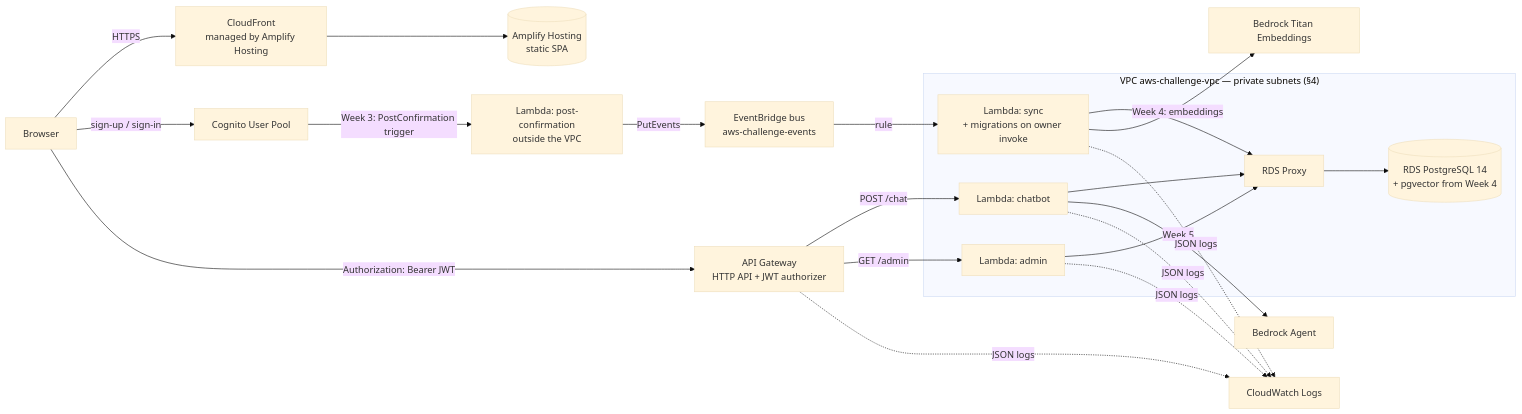
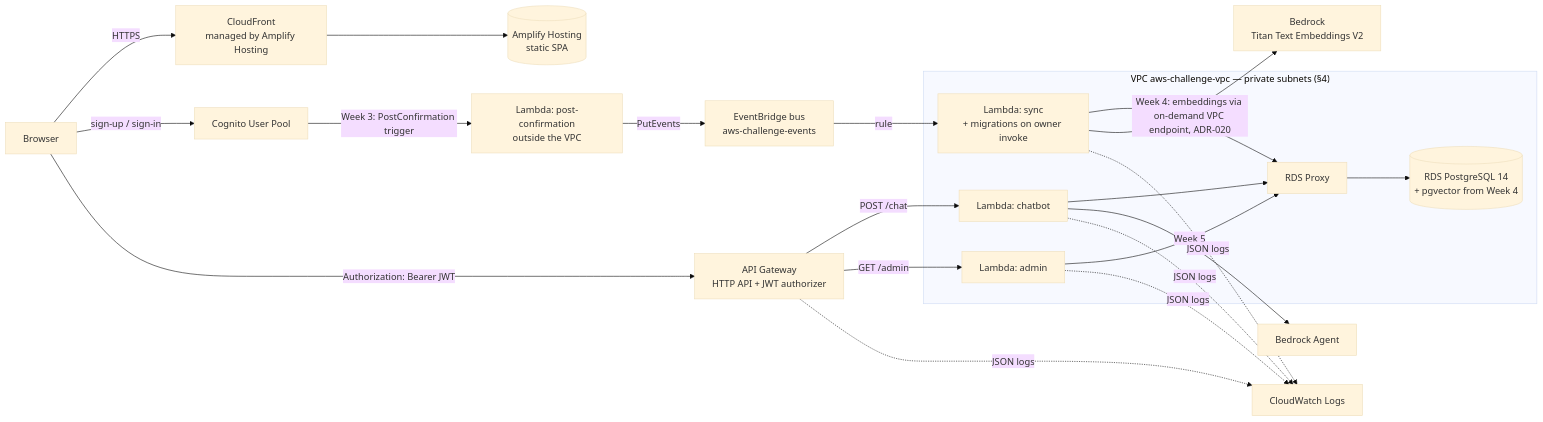
One commit to maxim-semenko/aws_challenge changed the diagram in docs/ARCHITECTURE.md. Above: the diagram before and after it, drawn with Mermaid (base theme). The commit also changed other lines of this file and 14 other files, not shown here.

````diff
--- a/docs/ARCHITECTURE.md
+++ b/docs/ARCHITECTURE.md
@@ -76,28 +78,28 @@
 ```mermaid
 flowchart LR
     U[Browser] -->|HTTPS| CF[CloudFront<br/>managed by Amplify Hosting]
     CF --> S3[(Amplify Hosting<br/>static SPA)]
     U -->|sign-up / sign-in| COG[Cognito User Pool]
     COG -->|Week 3: PostConfirmation trigger| LP[Lambda: post-confirmation<br/>outside the VPC]
     LP -->|PutEvents| EB[EventBridge bus<br/>aws-challenge-events]
     EB -->|rule| LS
     U -->|"Authorization: Bearer JWT"| APIGW[API Gateway<br/>HTTP API + JWT authorizer]
 
     subgraph VPC["VPC aws-challenge-vpc — private subnets (§4)"]
         LC[Lambda: chatbot]
         LA[Lambda: admin]
         LS[Lambda: sync<br/>+ migrations on owner invoke]
         PX[RDS Proxy]
         DB[(RDS PostgreSQL 14<br/>+ pgvector from Week 4)]
     end
 
     APIGW -->|POST /chat| LC
     APIGW -->|GET /admin| LA
     LC --> PX
     LA --> PX
     LS --> PX
     PX --> DB
     LC -->|Week 5| BRA[Bedrock Agent]
-    LS -->|Week 4: embeddings| BR[Bedrock Titan Embeddings]
+    LS -->|Week 4: embeddings via on-demand VPC endpoint, ADR-020| BR[Bedrock<br/>Titan Text Embeddings V2]
     LC & LA & LS & APIGW -.->|JSON logs| CW[CloudWatch Logs]
 ```
````
